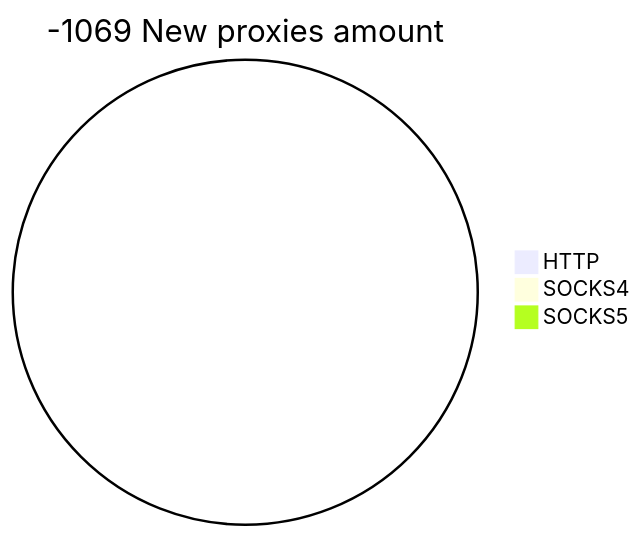
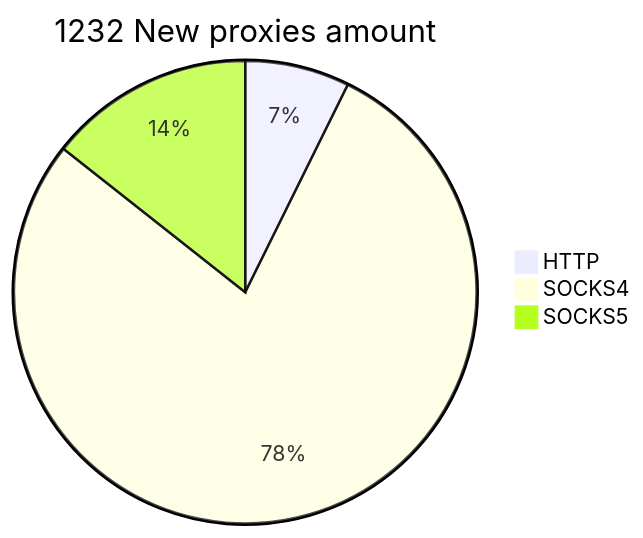
One commit to cutipu/proxylist changed the second of 2 diagrams in README.md. Above: the diagram before and after it, drawn with Mermaid. The commit also changed other lines of this file, not shown here.

````diff
--- a/README.md
+++ b/README.md
@@ -10,6 +10,6 @@
 ```mermaid
-pie title -1069 New proxies amount
-    "HTTP" : 0
-    "SOCKS4" : 0
-    "SOCKS5" : 0
+pie title 1232 New proxies amount
+    "HTTP" : 90
+    "SOCKS4" : 965
+    "SOCKS5" : 177
 ```
````
